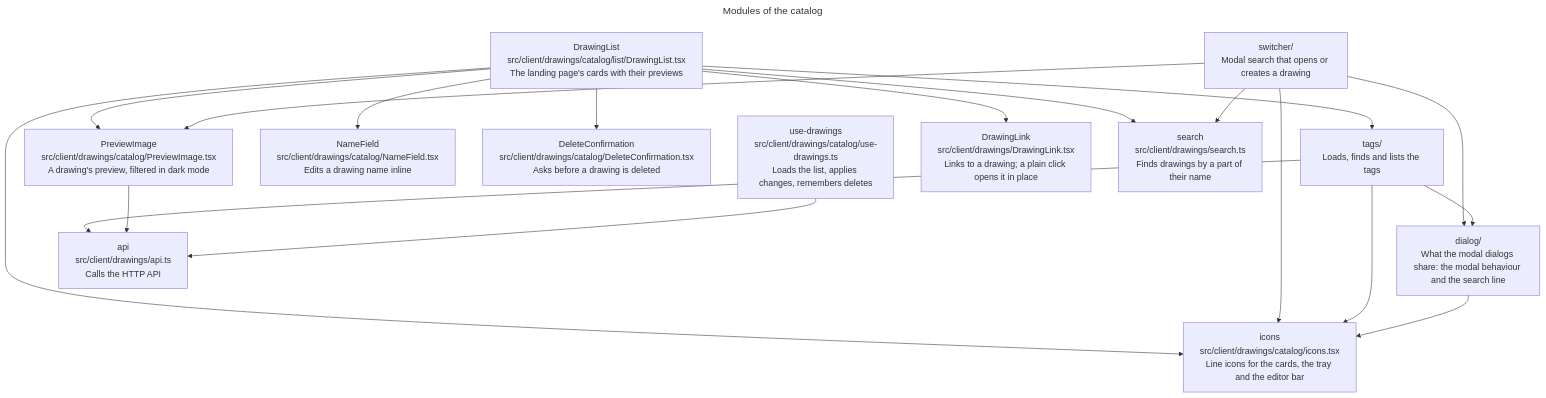
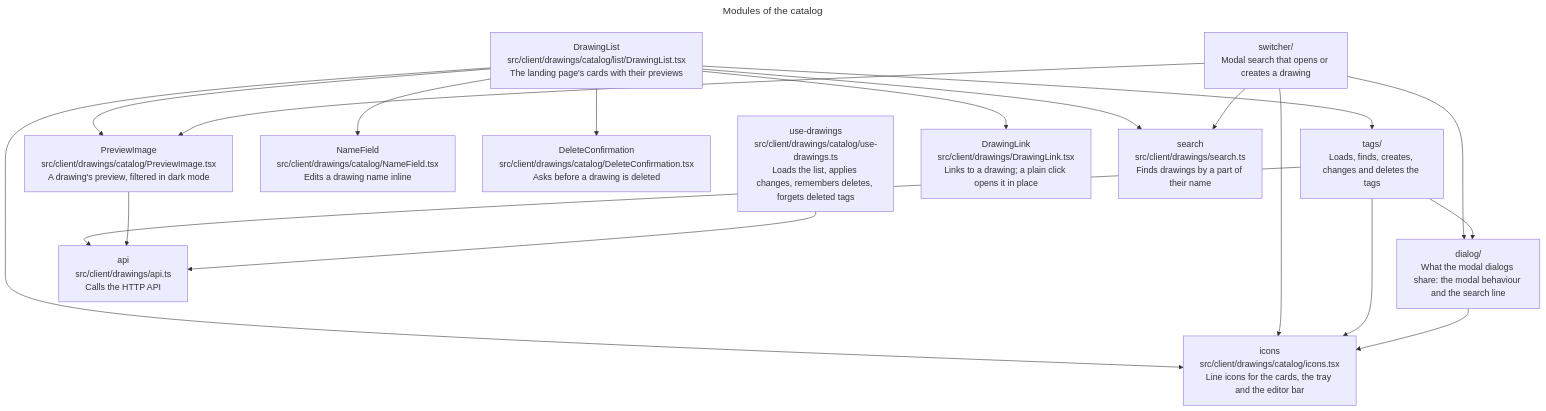
The seventh of 11 diagrams in docs/architecture/architecture.md (remshams/excalidraw-dashboard), drawn with Mermaid before and after one commit. The commit also changed other lines of this file and 1 other file, not shown here.

Commit message:
docs(Architecture): describe the tag form and rejected changes

````diff
--- a/docs/architecture/architecture.md
+++ b/docs/architecture/architecture.md
@@ -214,24 +214,24 @@
 ```mermaid
 ---
 title: Modules of the catalog
 ---
 flowchart TD
     list["DrawingList<br>src/client/drawings/catalog/list/DrawingList.tsx<br>The landing page's cards with their previews"]:::module
     switcher["switcher/<br>Modal search that opens or creates a drawing"]:::group
-    tags["tags/<br>Loads, finds and lists the tags"]:::group
+    tags["tags/<br>Loads, finds, creates, changes and deletes the tags"]:::group
     previewImage["PreviewImage<br>src/client/drawings/catalog/PreviewImage.tsx<br>A drawing's preview, filtered in dark mode"]:::module
     name["NameField<br>src/client/drawings/catalog/NameField.tsx<br>Edits a drawing name inline"]:::module
     confirm["DeleteConfirmation<br>src/client/drawings/catalog/DeleteConfirmation.tsx<br>Asks before a drawing is deleted"]:::module
     icons["icons<br>src/client/drawings/catalog/icons.tsx<br>Line icons for the cards, the tray and the editor bar"]:::module
-    drawings["use-drawings<br>src/client/drawings/catalog/use-drawings.ts<br>Loads the list, applies changes, remembers deletes"]:::module
+    drawings["use-drawings<br>src/client/drawings/catalog/use-drawings.ts<br>Loads the list, applies changes, remembers deletes, forgets deleted tags"]:::module
     dialog["dialog/<br>What the modal dialogs share: the modal behaviour and the search line"]:::group
     link["DrawingLink<br>src/client/drawings/DrawingLink.tsx<br>Links to a drawing; a plain click opens it in place"]:::module
     api["api<br>src/client/drawings/api.ts<br>Calls the HTTP API"]:::module
     search["search<br>src/client/drawings/search.ts<br>Finds drawings by a part of their name"]:::module
     list --> name & confirm & icons & link & previewImage & search & tags
     switcher --> icons & dialog & previewImage & search
     tags --> icons & dialog & api
     dialog --> icons
     previewImage --> api
     drawings --> api
 ```
````
